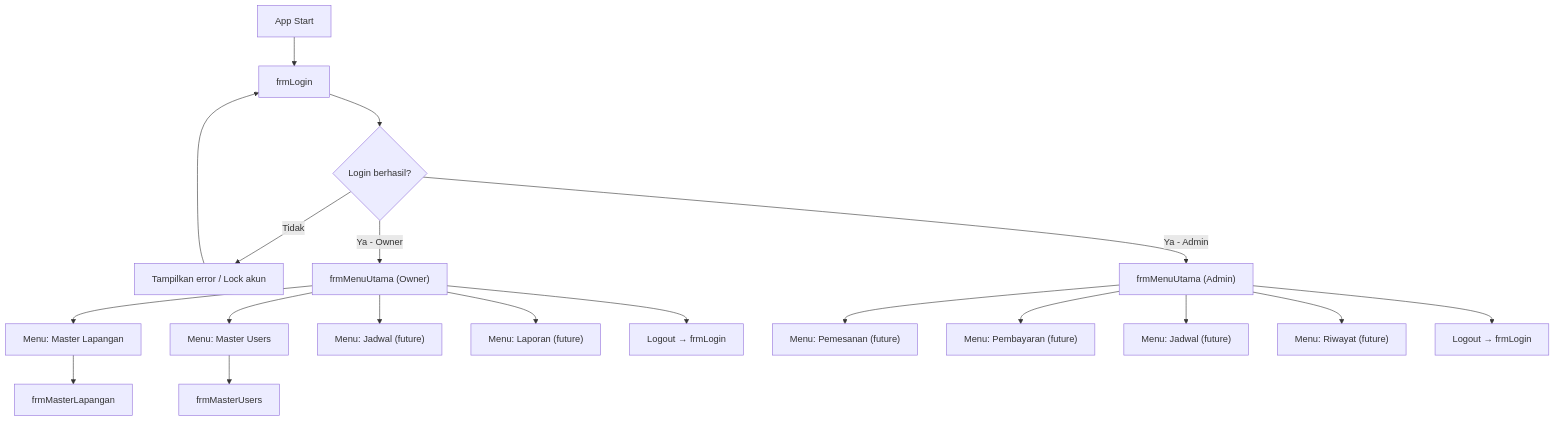
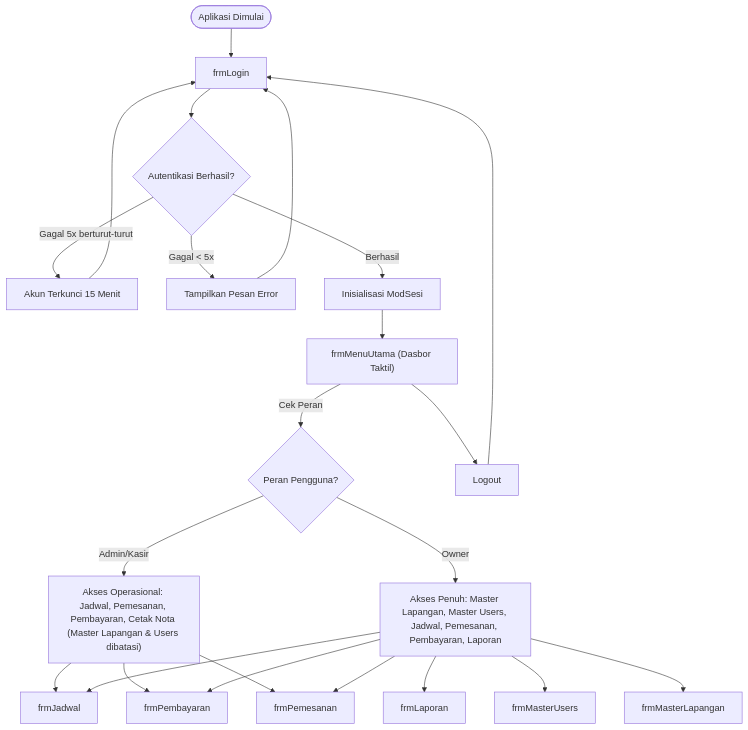
The first of 6 diagrams in .ai/APP-FLOW.md (Alfar0nt/SIPELA-Sistem-Informasi-Pemesanan-Arung-Futsal), drawn with Mermaid before and after one commit. The commit also changed other lines of this file and 14 other files, not shown here.

Commit message:
refac: ui/ux and app-flow

````diff
--- a/.ai/APP-FLOW.md
+++ b/.ai/APP-FLOW.md
@@ -10,24 +10,30 @@
 ```mermaid
 flowchart TD
-    A["App Start"] --> B["frmLogin"]
-    B --> C{"Login berhasil?"}
-    C -->|Tidak| D["Tampilkan error / Lock akun"]
-    D --> B
-    C -->|Ya - Owner| E["frmMenuUtama (Owner)"]
-    C -->|Ya - Admin| F["frmMenuUtama (Admin)"]
+    Start(["Aplikasi Dimulai"]) --> Login["frmLogin"]
+    Login --> AuthCheck{"Autentikasi Berhasil?"}
+    AuthCheck -->|Gagal 5x berturut-turut| Lockout["Akun Terkunci 15 Menit"]
+    Lockout --> Login
+    AuthCheck -->|Gagal < 5x| ErrMsg["Tampilkan Pesan Error"] --> Login
     
-    E --> G["Menu: Master Lapangan"]
-    E --> H["Menu: Master Users"]
-    E --> I["Menu: Jadwal (future)"]
-    E --> J["Menu: Laporan (future)"]
-    E --> K["Logout → frmLogin"]
+    AuthCheck -->|Berhasil| Sesi["Inisialisasi ModSesi"]
+    Sesi --> MenuUtama["frmMenuUtama (Dasbor Taktil)"]
     
-    F --> L["Menu: Pemesanan (future)"]
-    F --> M["Menu: Pembayaran (future)"]
-    F --> N["Menu: Jadwal (future)"]
-    F --> O["Menu: Riwayat (future)"]
-    F --> P["Logout → frmLogin"]
+    MenuUtama -->|Cek Peran| RoleCheck{"Peran Pengguna?"}
     
-    G --> Q["frmMasterLapangan"]
-    H --> R["frmMasterUsers"]
+    RoleCheck -->|Owner| OwnerNav["Akses Penuh: Master Lapangan, Master Users, Jadwal, Pemesanan, Pembayaran, Laporan"]
+    RoleCheck -->|Admin/Kasir| AdminNav["Akses Operasional: Jadwal, Pemesanan, Pembayaran, Cetak Nota (Master Lapangan & Users dibatasi)"]
+    
+    OwnerNav --> ModLap["frmMasterLapangan"]
+    OwnerNav --> ModUser["frmMasterUsers"]
+    OwnerNav --> ModLapView["frmLaporan"]
+    
+    AdminNav --> ModBkg["frmPemesanan"]
+    AdminNav --> ModPay["frmPembayaran"]
+    AdminNav --> ModSch["frmJadwal"]
+    
+    OwnerNav --> ModBkg
+    OwnerNav --> ModPay
+    OwnerNav --> ModSch
+
+    MenuUtama --> Logout["Logout"] --> Login
 ```
````
